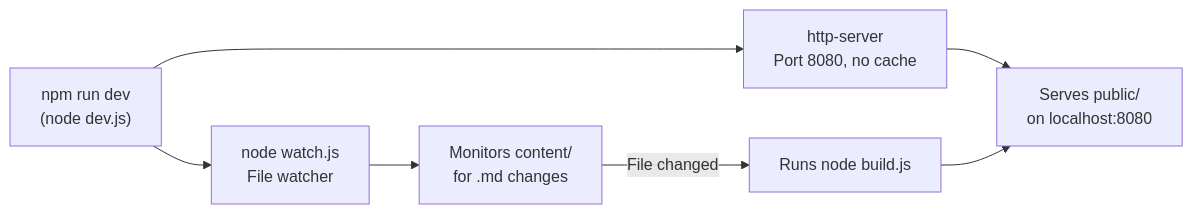
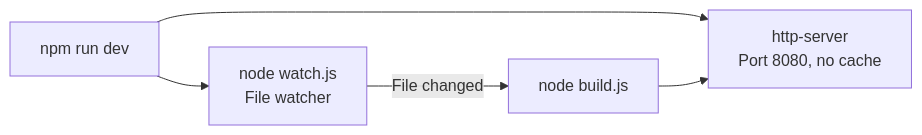
Before and after one commit to Kavyargb/Neuron-IQ: the sixth of 13 diagrams in README.md, drawn with Mermaid. The commit also changed other lines of this file, not shown here.

Commit message:
docs: overhaul README with enhanced formatting, project badges, and detailed architecture documentation

````diff
--- a/README.md
+++ b/README.md
@@ -350,9 +370,7 @@
 ```mermaid
 flowchart LR
-    A["npm run dev<br>(node dev.js)"] --> B["http-server<br>Port 8080, no cache"]
-    A --> C["node watch.js<br>File watcher"]
-    B --> D["Serves public/<br>on localhost:8080"]
-    C --> E["Monitors content/<br>for .md changes"]
-    E -->|"File changed"| F["Runs node build.js"]
-    F --> D
+    A["npm run dev"] --> B["http-server<br/>Port 8080, no cache"]
+    A --> C["node watch.js<br/>File watcher"]
+    C -->|"File changed"| D["node build.js"]
+    D --> B
 ```
````
